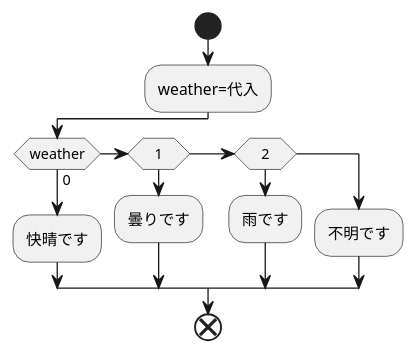
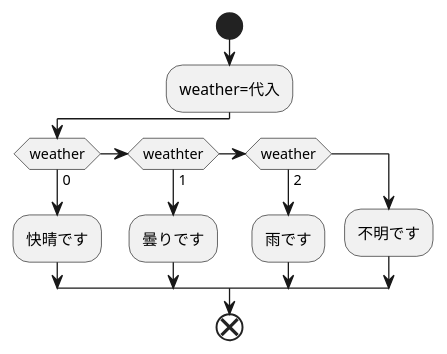
One commit to Aso2001011/2021sys-design changed the diagram in challenge1.md. Above: the diagram before and after it, drawn with PlantUML.

````diff
--- a/challenge1.md
+++ b/challenge1.md
@@ -1,16 +1,16 @@
 ```uml
 @startuml
 start
 :weather=代入;
 if(weather)then(0)
 :快晴です;
-else if (1)
+else if(weathter)then(1)
 :曇りです;
-else if (2)
+else if(weather)then(2)
 :雨です;
 else
 :不明です;
 endif
 end
 @enduml
 ```
````
